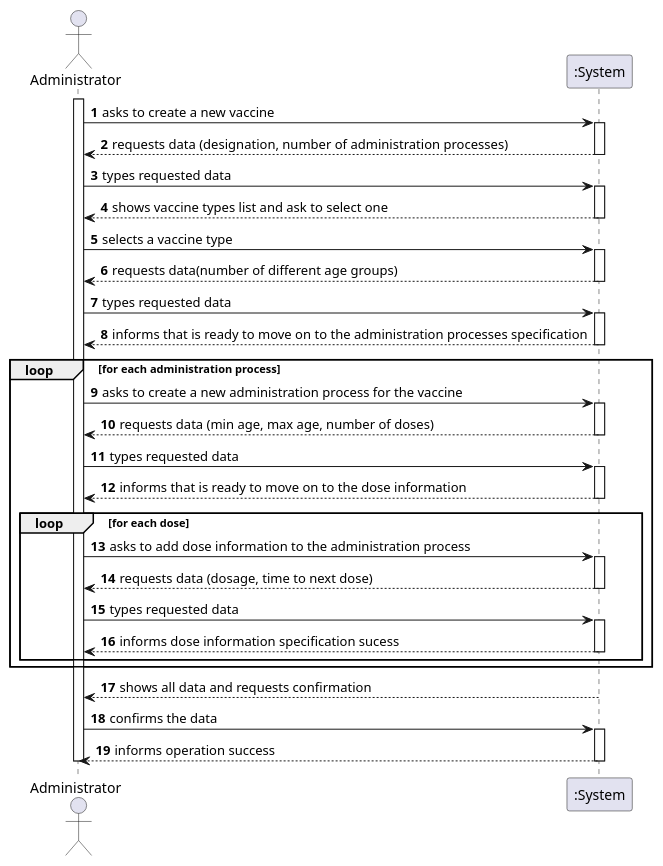
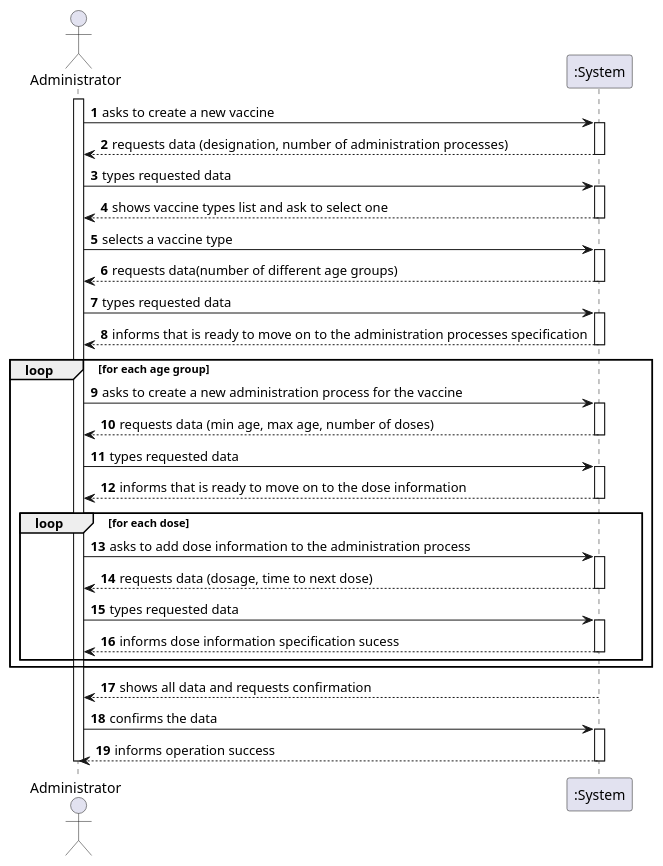
The diagram in docs/SprintB/US13/SSD/US13_SSD.puml (miseEnPlace-i/lapr2), drawn with PlantUML before and after one commit. The commit also changed 2 other files, not shown here.

```diff
--- a/docs/SprintB/US13/SSD/US13_SSD.puml
+++ b/docs/SprintB/US13/SSD/US13_SSD.puml
@@ -1,59 +1,59 @@
 @startuml
 autonumber
 actor "Administrator" as OE
 
 activate OE
 OE -> ":System" : asks to create a new vaccine
 activate ":System"
 ":System" --> OE : requests data (designation, number of administration processes)
 deactivate ":System"
 
 OE -> ":System" : types requested data
 activate ":System"
 ":System" --> OE : shows vaccine types list and ask to select one
 deactivate ":System"
 
 OE -> ":System" : selects a vaccine type
 activate ":System"
 ":System" --> OE : requests data(number of different age groups)
 deactivate ":System"
 
 OE -> ":System" : types requested data
 activate ":System"
 ":System" --> OE : informs that is ready to move on to the administration processes specification
 deactivate ":System"
 
 
-loop for each administration process
+loop for each age group
     OE -> ":System" : asks to create a new administration process for the vaccine
     activate ":System"
     ":System" --> OE : requests data (min age, max age, number of doses)
     deactivate ":System"
     OE -> ":System" : types requested data
     activate ":System"
     ":System" --> OE : informs that is ready to move on to the dose information
     deactivate ":System"
     
     loop for each dose
         OE -> ":System" : asks to add dose information to the administration process
         activate ":System"
         ":System" --> OE : requests data (dosage, time to next dose)
         deactivate ":System"
         OE -> ":System" : types requested data
         activate ":System"
         ":System" --> OE : informs dose information specification sucess
         deactivate ":System"
     end
 
 end
 
 ":System" --> OE : shows all data and requests confirmation
 deactivate ":System"
 OE -> ":System" : confirms the data
 activate ":System"
 ":System" --> OE : informs operation success
 deactivate ":System"
 
 deactivate OE
 
 @enduml
```
